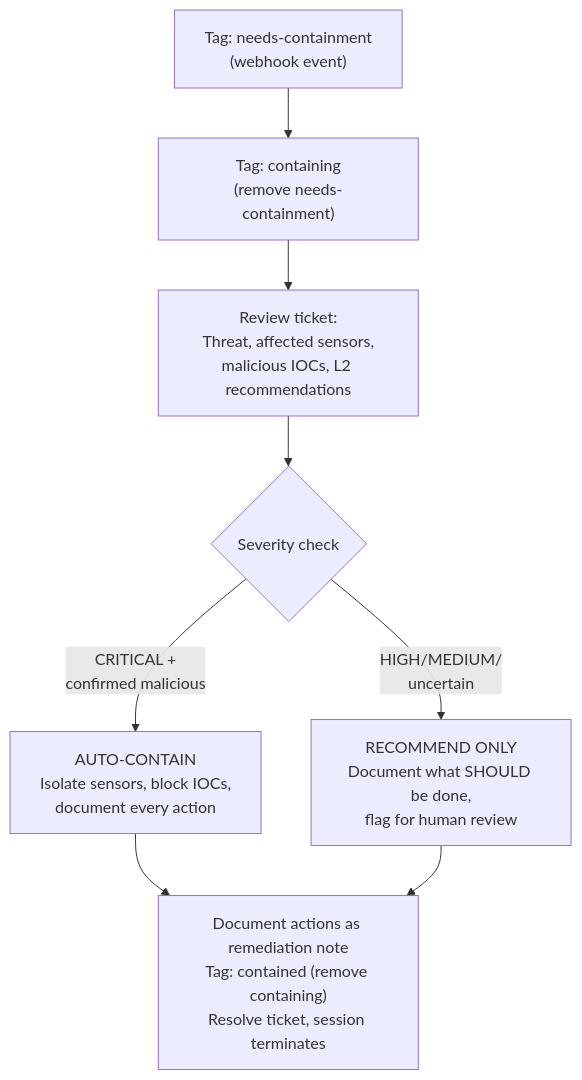
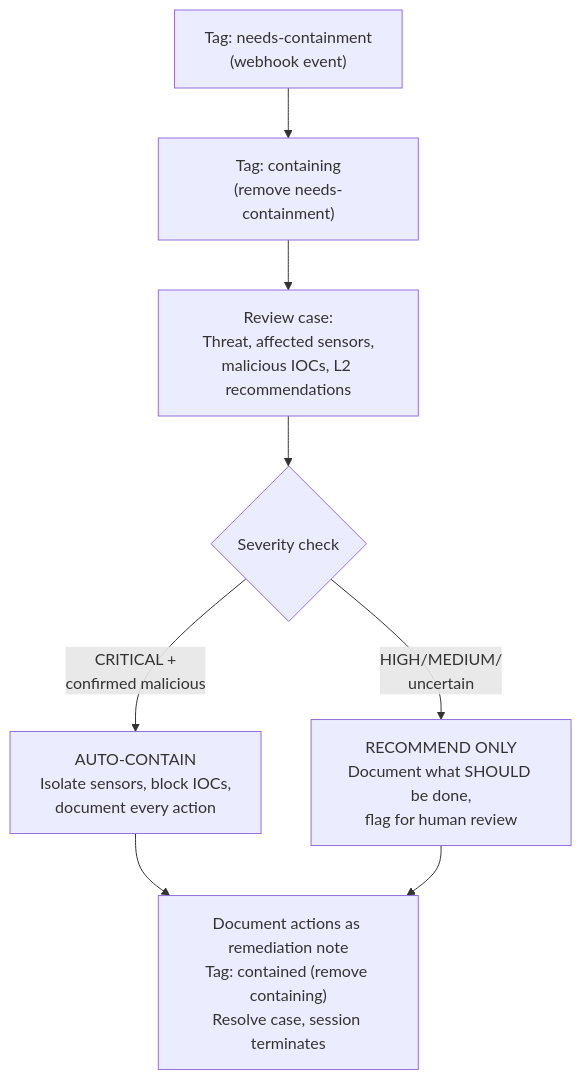
The diagram in lc-soc/baselining-soc/containment/README.md (refractionPOINT/lc-ai), drawn with Mermaid before and after one commit. The commit also changed other lines of this file and 74 other files, not shown here.

First line of the commit message:
Rename ticket→case in AI agent configs

````diff
--- a/lc-soc/baselining-soc/containment/README.md
+++ b/lc-soc/baselining-soc/containment/README.md
@@ -7,10 +7,10 @@
 ```mermaid
 flowchart TD
     trigger["Tag: needs-containment<br/>(webhook event)"] --> tag["Tag: containing<br/>(remove needs-containment)"]
-    tag --> review["Review ticket:<br/>Threat, affected sensors,<br/>malicious IOCs, L2 recommendations"]
+    tag --> review["Review case:<br/>Threat, affected sensors,<br/>malicious IOCs, L2 recommendations"]
     review --> severity{Severity check}
     severity -->|"CRITICAL +<br/>confirmed malicious"| auto["AUTO-CONTAIN<br/>Isolate sensors, block IOCs,<br/>document every action"]
     severity -->|"HIGH/MEDIUM/<br/>uncertain"| recommend["RECOMMEND ONLY<br/>Document what SHOULD be done,<br/>flag for human review"]
-    auto --> done["Document actions as remediation note<br/>Tag: contained (remove containing)<br/>Resolve ticket, session terminates"]
+    auto --> done["Document actions as remediation note<br/>Tag: contained (remove containing)<br/>Resolve case, session terminates"]
     recommend --> done
 ```
````
